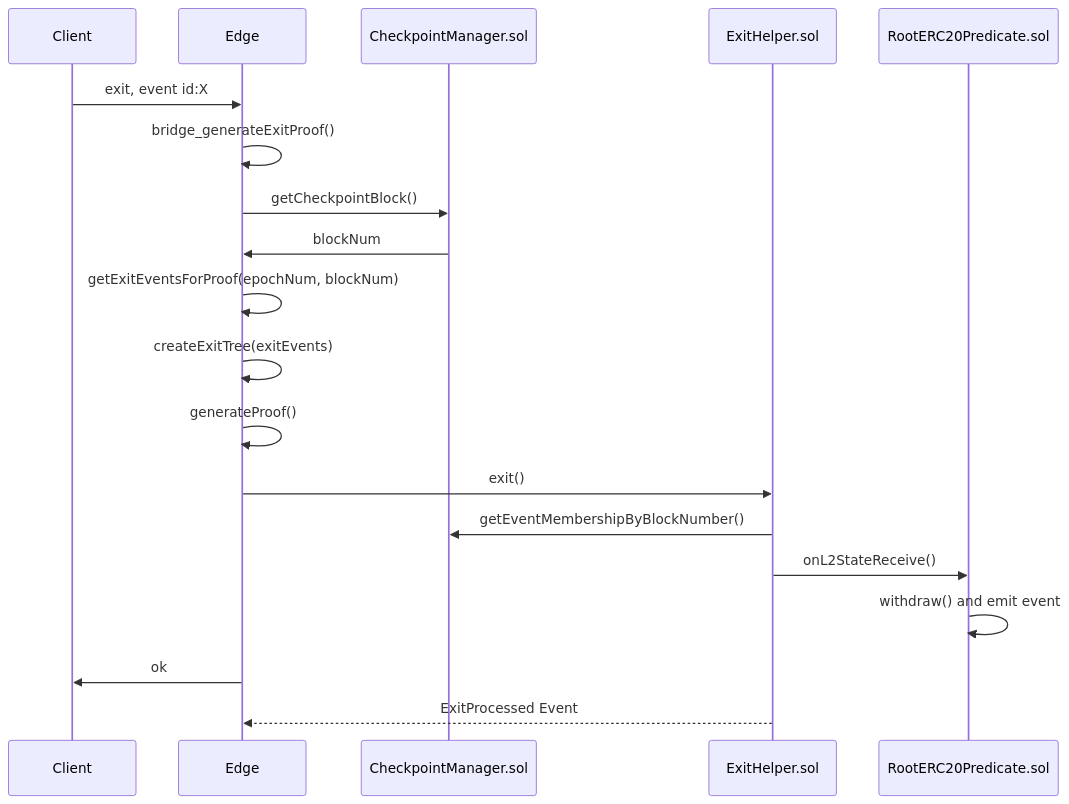
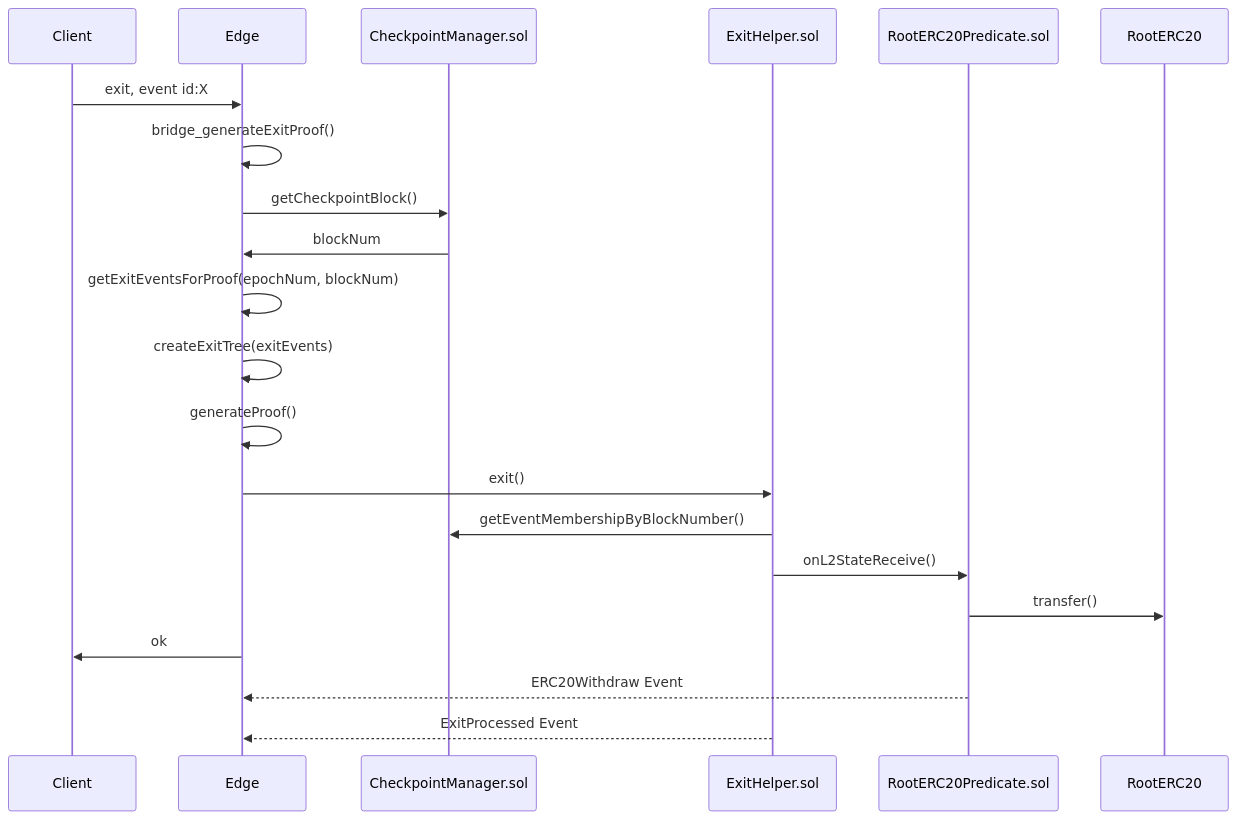
One commit to 0xPolygon/polygon-edge changed the third of 3 diagrams in docs/sequences.md. Above: the diagram before and after it, drawn with Mermaid.

Commit message:
Add more detail to exit sequence

````diff
--- a/docs/sequences.md
+++ b/docs/sequences.md
@@ -43,16 +43,17 @@
 ```mermaid
 sequenceDiagram
 	Client->>Edge: exit, event id:X
 	Edge->>Edge: bridge_generateExitProof()
 	Edge->>CheckpointManager.sol: getCheckpointBlock()
 	CheckpointManager.sol->>Edge: blockNum
 	Edge->>Edge: getExitEventsForProof(epochNum, blockNum)
 	Edge->>Edge: createExitTree(exitEvents)
 	Edge->>Edge: generateProof()
 	Edge->>ExitHelper.sol: exit()
 	ExitHelper.sol->>CheckpointManager.sol: getEventMembershipByBlockNumber()
 	ExitHelper.sol->>RootERC20Predicate.sol:onL2StateReceive()
-	RootERC20Predicate.sol->>RootERC20Predicate.sol: withdraw() and emit event
+	RootERC20Predicate.sol->>RootERC20: transfer()
 	Edge->>Client: ok
+	RootERC20Predicate.sol-->>Edge: ERC20Withdraw Event
 	ExitHelper.sol-->>Edge: ExitProcessed Event
 ```
````
